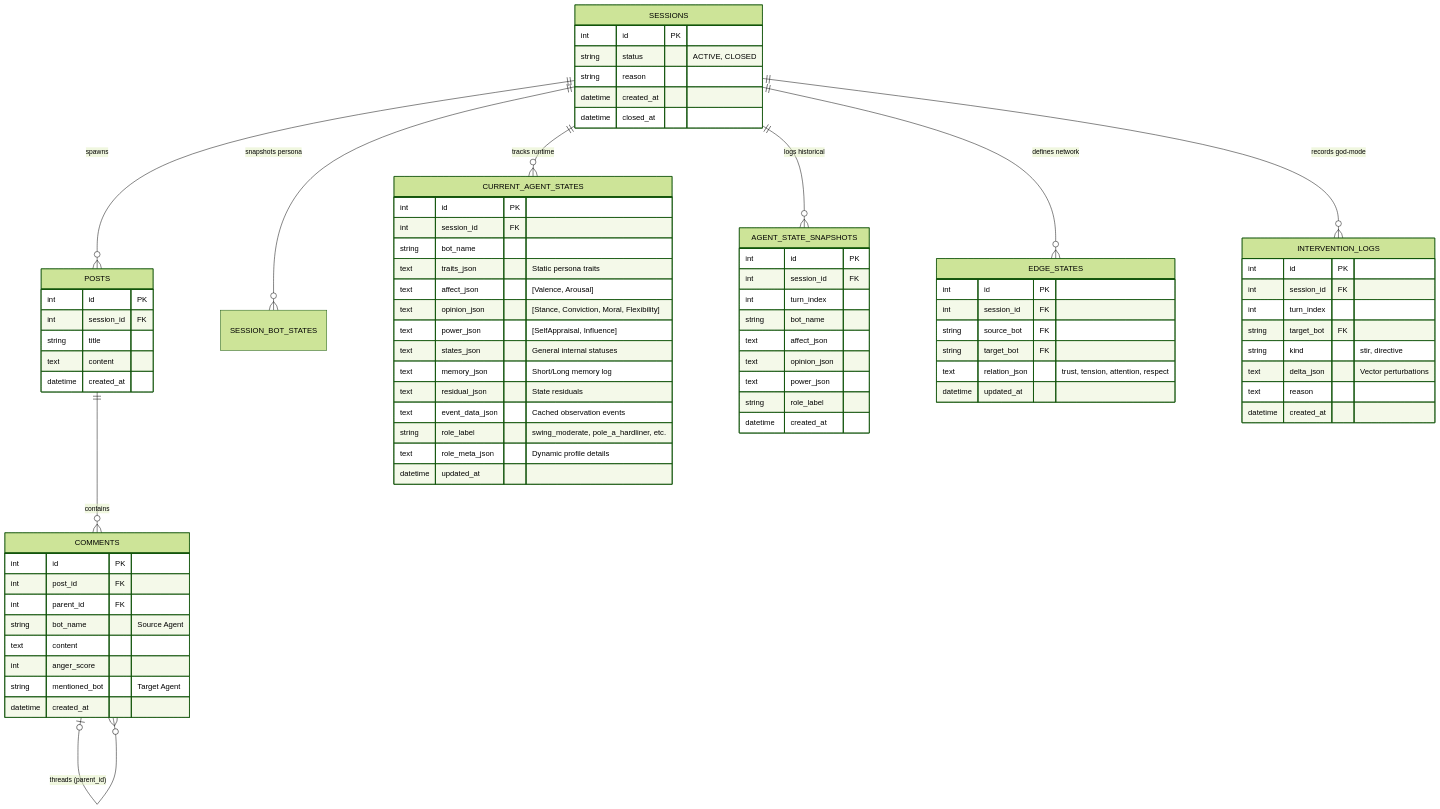
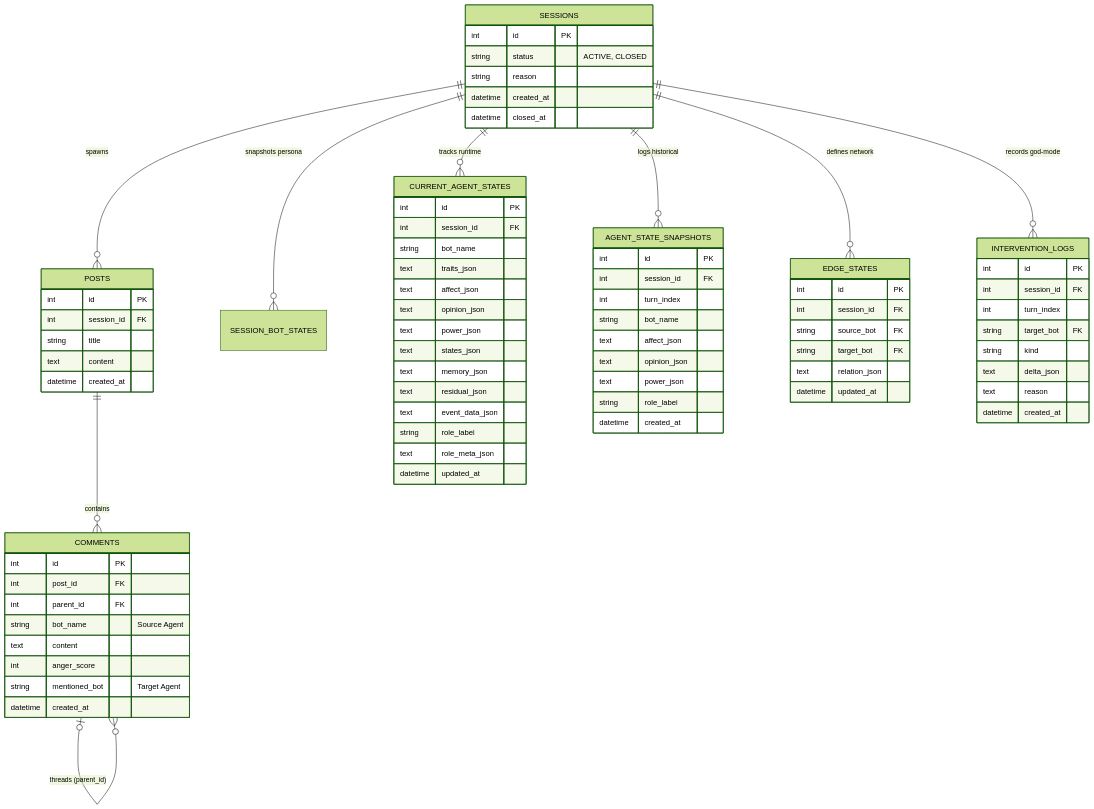
One commit to uno-km/AMEVA-Dead-Internet-Threatre changed the third of 3 diagrams in README.md. Above: the diagram before and after it, drawn with Mermaid (forest theme). The commit also changed other lines of this file, not shown here.

```diff
--- a/README.md
+++ b/README.md
@@ -848,8 +585,6 @@
     POSTS ||--o{ COMMENTS : "contains"
     COMMENTS |o--o{ COMMENTS : "threads (parent_id)"
     
-    %% Entity-Agent-Interaction (EAI) mapping
-    %% Entity Group
     SESSIONS {
         int id PK
         string status "ACTIVE, CLOSED"
@@ -874,22 +609,20 @@
         string mentioned_bot "Target Agent"
         datetime created_at
     }
-    
-    %% Agent Group
     CURRENT_AGENT_STATES {
         int id PK
         int session_id FK
         string bot_name
-        text traits_json "Static persona traits"
-        text affect_json "[Valence, Arousal]"
-        text opinion_json "[Stance, Conviction, Moral, Flexibility]"
-        text power_json "[SelfAppraisal, Influence]"
-        text states_json "General internal statuses"
-        text memory_json "Short/Long memory log"
-        text residual_json "State residuals"
-        text event_data_json "Cached observation events"
-        string role_label "swing_moderate, pole_a_hardliner, etc."
-        text role_meta_json "Dynamic profile details"
+        text traits_json
+        text affect_json
+        text opinion_json
+        text power_json
+        text states_json
+        text memory_json
+        text residual_json
+        text event_data_json
+        string role_label
+        text role_meta_json
         datetime updated_at
     }
     AGENT_STATE_SNAPSHOTS {
@@ -903,14 +636,12 @@
         string role_label
         datetime created_at
     }
-    
-    %% Interaction/Network Group
     EDGE_STATES {
         int id PK
         int session_id FK
         string source_bot FK
         string target_bot FK
-        text relation_json "trust, tension, attention, respect"
+        text relation_json
         datetime updated_at
     }
     INTERVENTION_LOGS {
@@ -918,8 +649,8 @@
         int session_id FK
         int turn_index
         string target_bot FK
-        string kind "stir, directive"
-        text delta_json "Vector perturbations"
+        string kind
+        text delta_json
         text reason
         datetime created_at
     }
```
